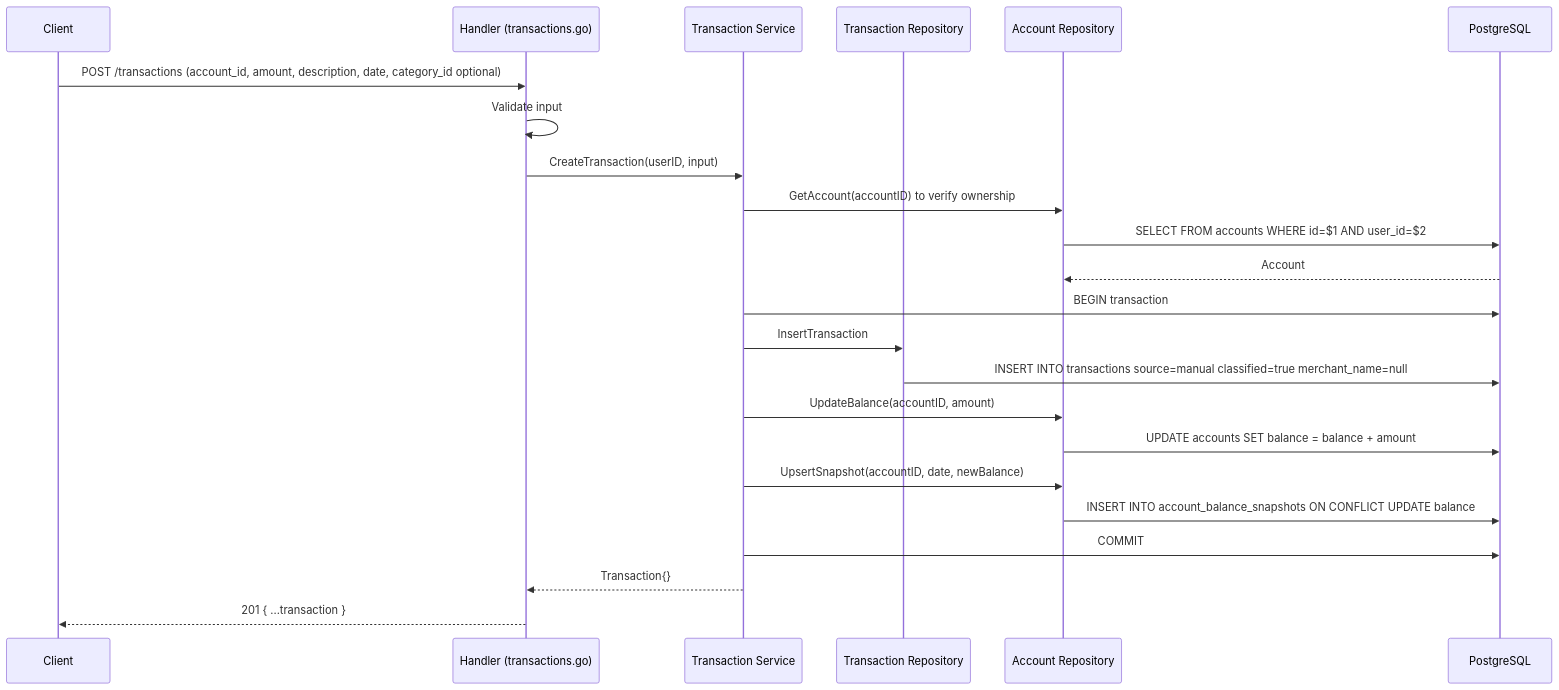
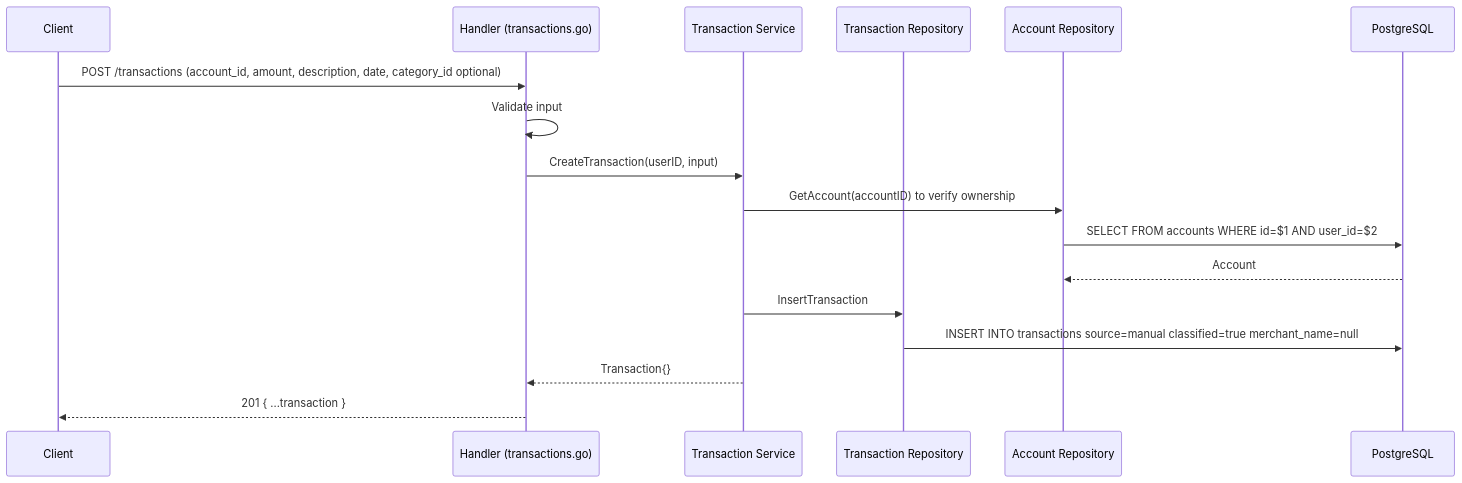
Before and after one commit to ppinedo0714/a-couple-of-coins: diagram 11 of 13 in backend/docs/flows.md, drawn with Mermaid. The commit also changed other lines of this file and 3 other files, not shown here.

````diff
--- a/backend/docs/flows.md
+++ b/backend/docs/flows.md
@@ -225,28 +462,22 @@
 ```mermaid
 sequenceDiagram
     participant C as Client
     participant H as Handler (transactions.go)
     participant TS as Transaction Service
     participant TR as Transaction Repository
     participant AR as Account Repository
     participant DB as PostgreSQL
 
     C->>H: POST /transactions (account_id, amount, description, date, category_id optional)
     H->>H: Validate input
     H->>TS: CreateTransaction(userID, input)
     TS->>AR: GetAccount(accountID) to verify ownership
     AR->>DB: SELECT FROM accounts WHERE id=$1 AND user_id=$2
     DB-->>AR: Account
 
-    TS->>DB: BEGIN transaction
     TS->>TR: InsertTransaction
     TR->>DB: INSERT INTO transactions source=manual classified=true merchant_name=null
-    TS->>AR: UpdateBalance(accountID, amount)
-    AR->>DB: UPDATE accounts SET balance = balance + amount
-    TS->>AR: UpsertSnapshot(accountID, date, newBalance)
-    AR->>DB: INSERT INTO account_balance_snapshots ON CONFLICT UPDATE balance
-    TS->>DB: COMMIT
 
     TS-->>H: Transaction{}
     H-->>C: 201 { ...transaction }
 ```
````
